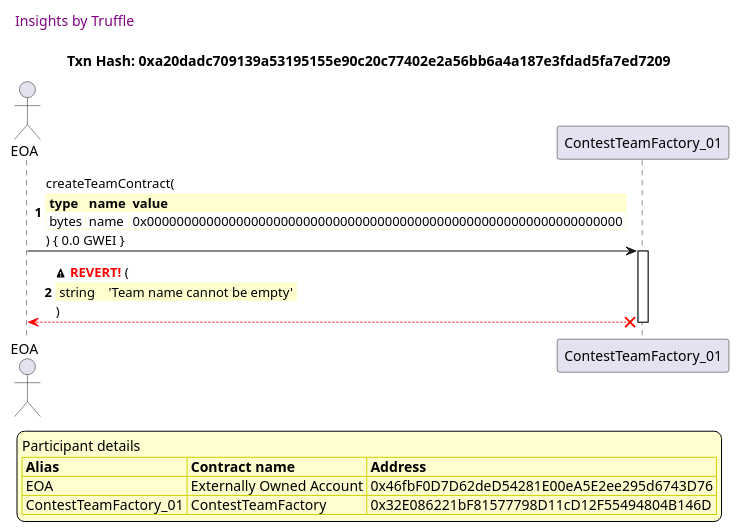
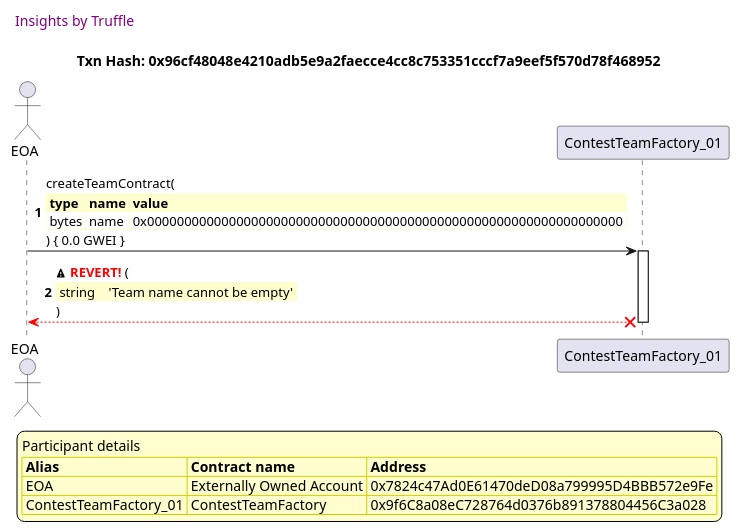
The eighth of 11 diagrams in truffle-seq/factory_contestteamfactory.md (fodisi/hackapay), drawn with PlantUML before and after one commit. The commit also changed other lines of this file and 10 other files, not shown here.

````diff
--- a/truffle-seq/factory_contestteamfactory.md
+++ b/truffle-seq/factory_contestteamfactory.md
@@ -368,43 +368,43 @@
 ```plantuml
 
 
 @startuml
 
 autonumber
 skinparam legendBackgroundColor #FEFECE
 
 <style>
       header {
         HorizontalAlignment left
         FontColor purple
         FontSize 14
         Padding 10
       }
     </style>
 
 header Insights by Truffle
 
-title Txn Hash: 0xa20dadc709139a53195155e90c20c77402e2a56bb6a4a187e3fdad5fa7ed7209
+title Txn Hash: 0x96cf48048e4210adb5e9a2faecce4cc8c753351cccf7a9eef5f570d78f468952
 
 
 actor EOA as "EOA"
 participant ContestTeamFactory_01 as "ContestTeamFactory_01"
 
 "EOA" -> "ContestTeamFactory_01" ++: createTeamContract(\n\
 <#FEFECE,#FEFECE>|= type |= name |= value |\n\
 | bytes | name | 0x0000000000000000000000000000000000000000000000000000000000000000 |\n\
 ) { 0.0 GWEI }
 "ContestTeamFactory_01" x-[#red]-> "EOA" --: <&warning> <color #red>**REVERT!**</color> (\n\
 <#FEFECE,#FEFECE>| string |  | 'Team name cannot be empty' |\n\
 )
 deactivate "ContestTeamFactory_01"
 
 legend
 Participant details
 <#FEFECE,#D0D000>|= Alias |= Contract name |= Address |
-<#FEFECE>| EOA | Externally Owned Account | 0x46fbF0D7D62deD54281E00eA5E2ee295d6743D76 |
-<#FEFECE>| ContestTeamFactory_01 | ContestTeamFactory | 0x32E086221bF81577798D11cD12F55494804B146D |
+<#FEFECE>| EOA | Externally Owned Account | 0x7824c47Ad0E61470deD08a799995D4BBB572e9Fe |
+<#FEFECE>| ContestTeamFactory_01 | ContestTeamFactory | 0x9f6C8a08eC728764d0376b891378804456C3a028 |
 endlegend
 
 @enduml
 ```
````
